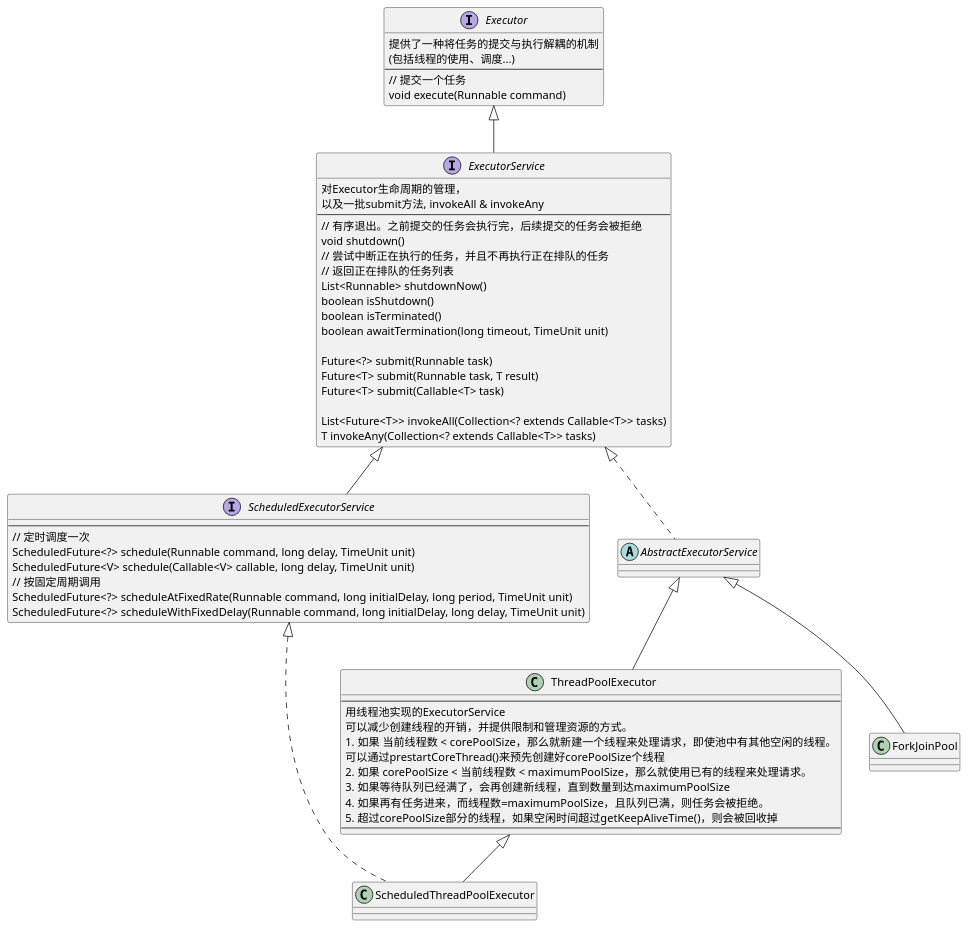
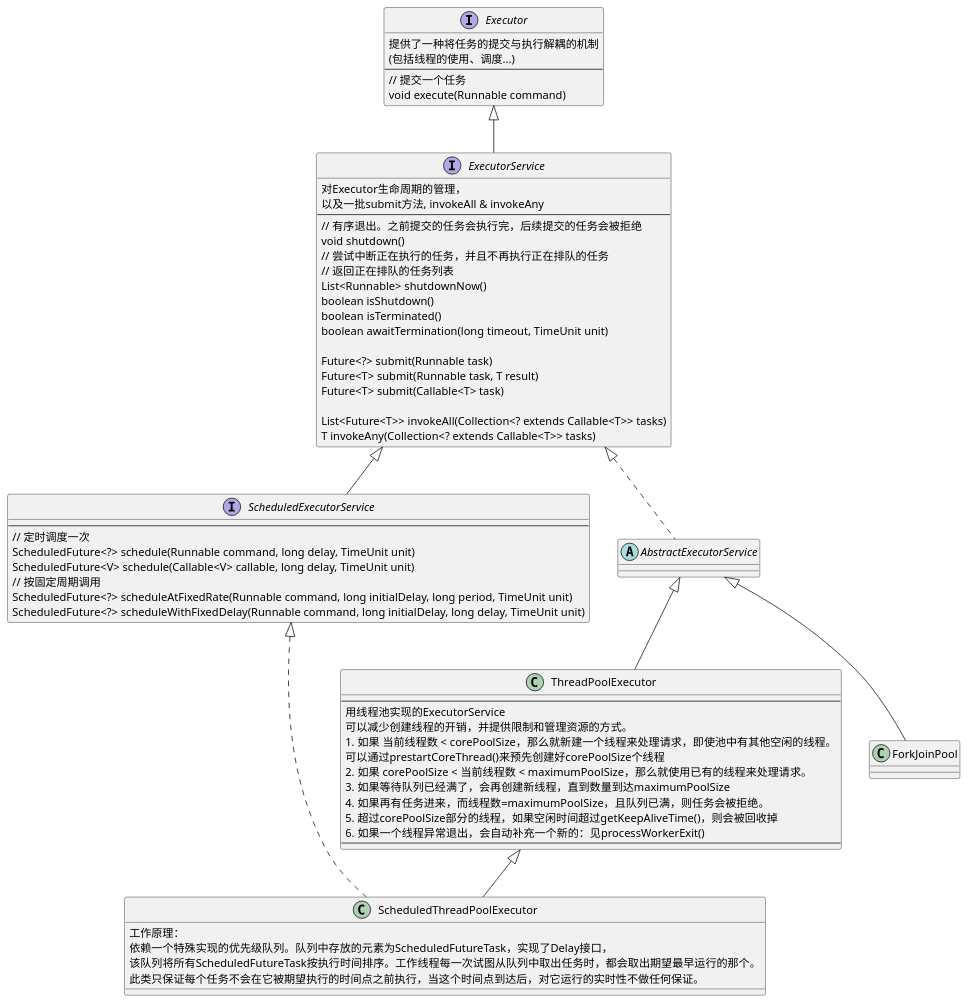
Before and after one commit to zouxiang1993/learning: the diagram in javase/juc/notes/ExecutorService继承结构.puml, drawn with PlantUML. The commit also changed 2 other files, not shown here.

```diff
--- a/javase/juc/notes/ExecutorService继承结构.puml
+++ b/javase/juc/notes/ExecutorService继承结构.puml
@@ -1,63 +1,69 @@
 @startuml
 
 interface Executor {
     提供了一种将任务的提交与执行解耦的机制
     (包括线程的使用、调度...)
     --
     // 提交一个任务
     void execute(Runnable command)
 }
 
 interface ExecutorService extends Executor {
     对Executor生命周期的管理，
     以及一批submit方法, invokeAll & invokeAny
     ---
     // 有序退出。之前提交的任务会执行完，后续提交的任务会被拒绝
     void shutdown()
     // 尝试中断正在执行的任务，并且不再执行正在排队的任务
     // 返回正在排队的任务列表
     List<Runnable> shutdownNow()
     boolean isShutdown()
     boolean isTerminated()
     boolean awaitTermination(long timeout, TimeUnit unit)
 
     Future<?> submit(Runnable task)
     Future<T> submit(Runnable task, T result)
     Future<T> submit(Callable<T> task)
 
     List<Future<T>> invokeAll(Collection<? extends Callable<T>> tasks)
     T invokeAny(Collection<? extends Callable<T>> tasks)
 }
 
 interface ScheduledExecutorService extends ExecutorService {
     ---
     // 定时调度一次
     ScheduledFuture<?> schedule(Runnable command, long delay, TimeUnit unit)
     ScheduledFuture<V> schedule(Callable<V> callable, long delay, TimeUnit unit)
     // 按固定周期调用
     ScheduledFuture<?> scheduleAtFixedRate(Runnable command, long initialDelay, long period, TimeUnit unit)
     ScheduledFuture<?> scheduleWithFixedDelay(Runnable command, long initialDelay, long delay, TimeUnit unit)
 }
 
 abstract class AbstractExecutorService implements ExecutorService {
 
 }
 
 class ThreadPoolExecutor extends AbstractExecutorService {
     ---
     用线程池实现的ExecutorService
     可以减少创建线程的开销，并提供限制和管理资源的方式。
     1. 如果 当前线程数 < corePoolSize，那么就新建一个线程来处理请求，即使池中有其他空闲的线程。
     可以通过prestartCoreThread()来预先创建好corePoolSize个线程
     2. 如果 corePoolSize < 当前线程数 < maximumPoolSize，那么就使用已有的线程来处理请求。
     3. 如果等待队列已经满了，会再创建新线程，直到数量到达maximumPoolSize
     4. 如果再有任务进来，而线程数=maximumPoolSize，且队列已满，则任务会被拒绝。
     5. 超过corePoolSize部分的线程，如果空闲时间超过getKeepAliveTime()，则会被回收掉
+    6. 如果一个线程异常退出，会自动补充一个新的：见processWorkerExit()
     ----
 }
 
 class ForkJoinPool extends AbstractExecutorService {
 }
 
-class ScheduledThreadPoolExecutor extends ThreadPoolExecutor implements ScheduledExecutorService
+class ScheduledThreadPoolExecutor extends ThreadPoolExecutor implements ScheduledExecutorService {
+工作原理：
+依赖一个特殊实现的优先级队列。队列中存放的元素为ScheduledFutureTask，实现了Delay接口，
+该队列将所有ScheduledFutureTask按执行时间排序。工作线程每一次试图从队列中取出任务时，都会取出期望最早运行的那个。
+此类只保证每个任务不会在它被期望执行的时间点之前执行，当这个时间点到达后，对它运行的实时性不做任何保证。
+}
 @enduml
```
